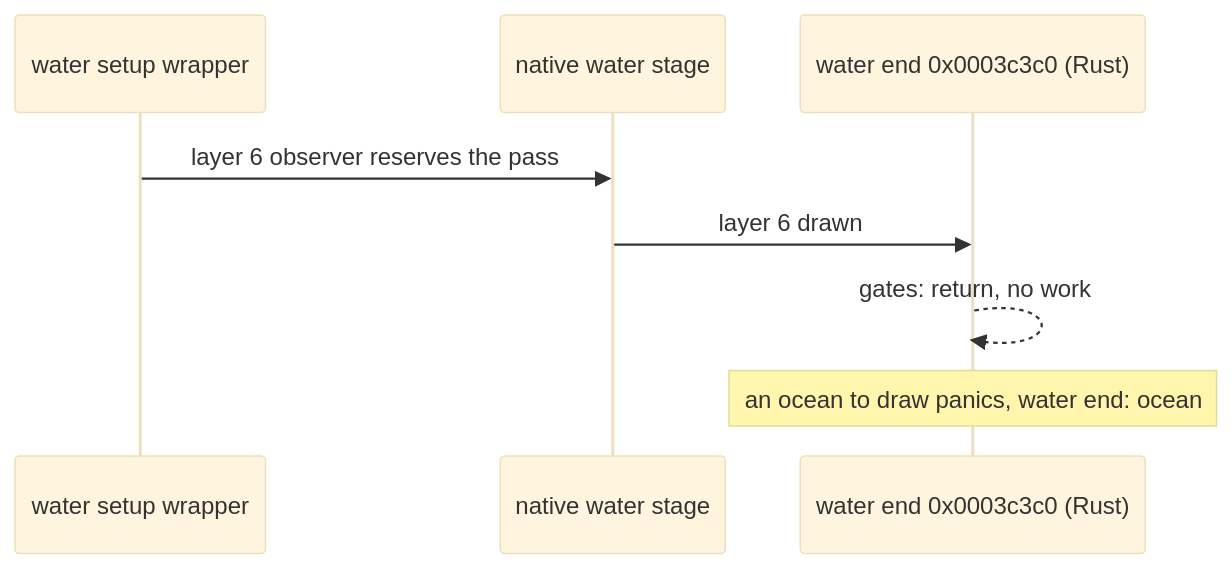
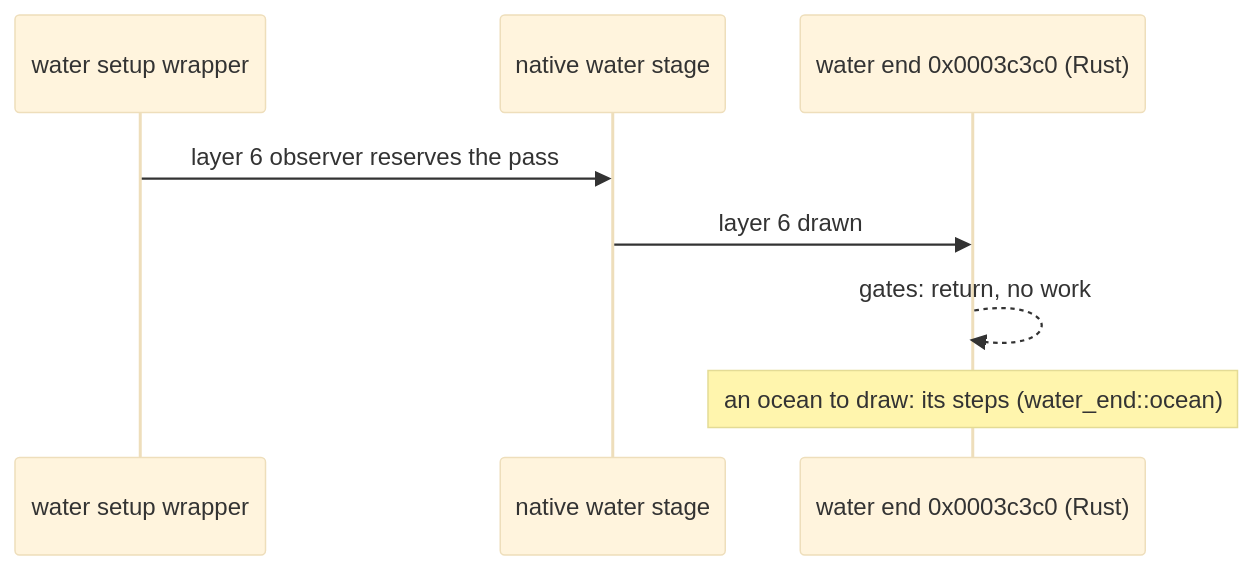
One commit to 0xdeafcafe/h2r changed the second of 2 diagrams in docs/graphics/native-water-fog.md. Above: the diagram before and after it, drawn with Mermaid (base theme). The commit also changed other lines of this file and 8 other files, not shown here.

First line of the commit message:
Water ocean: the water end's ocean stepped in Rust; the shader lookup, alpha clear and quads native, its helpers guest calls

````diff
--- a/docs/graphics/native-water-fog.md
+++ b/docs/graphics/native-water-fog.md
@@ -197,10 +197,10 @@
 ```mermaid
 sequenceDiagram
   participant W as water setup wrapper
   participant N as native water stage
   participant T as water end 0x0003c3c0 (Rust)
   W->>N: layer 6 observer reserves the pass
   N->>T: layer 6 drawn
   T-->>T: gates: return, no work
-  Note over T: an ocean to draw panics, water end: ocean
+  Note over T: an ocean to draw: its steps (water_end::ocean)
 ```
````
